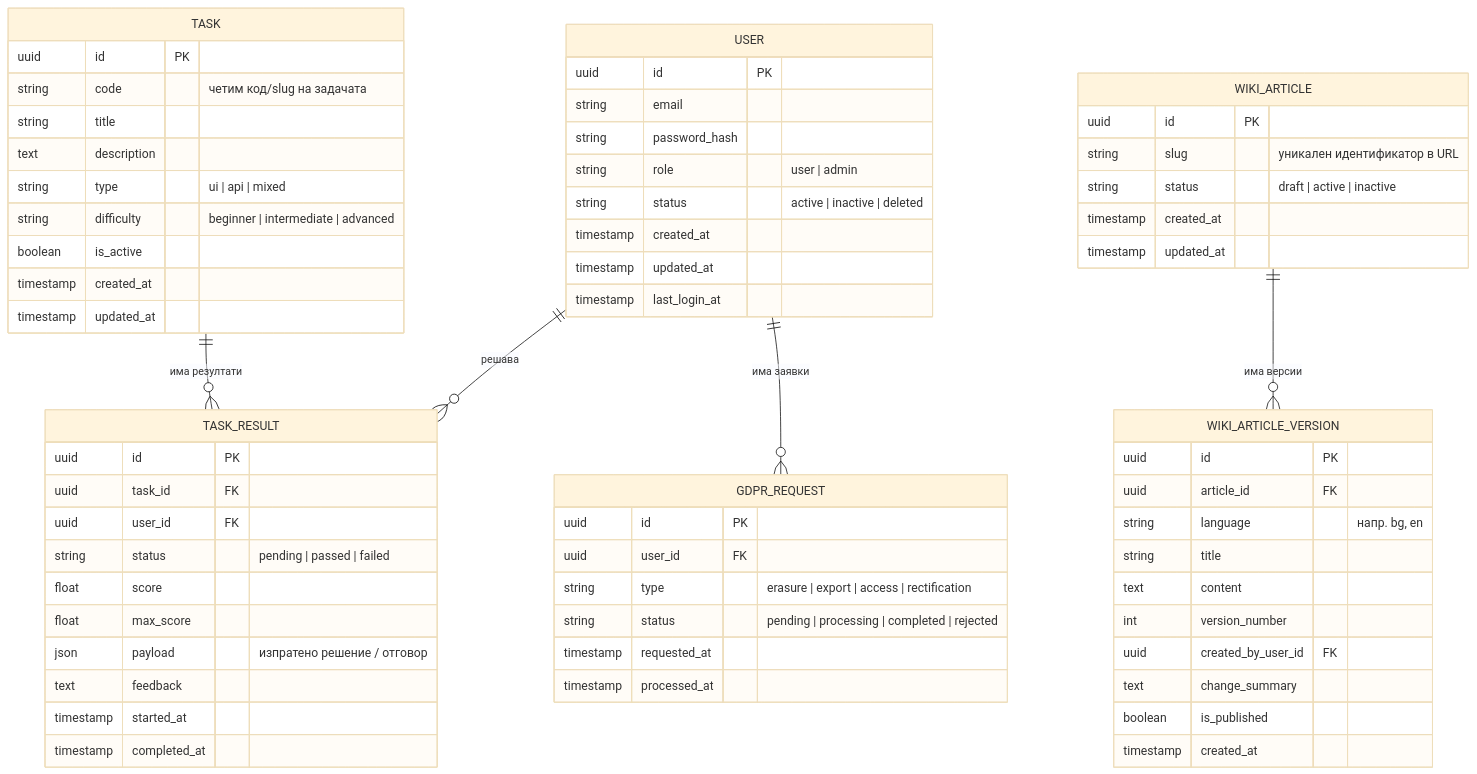
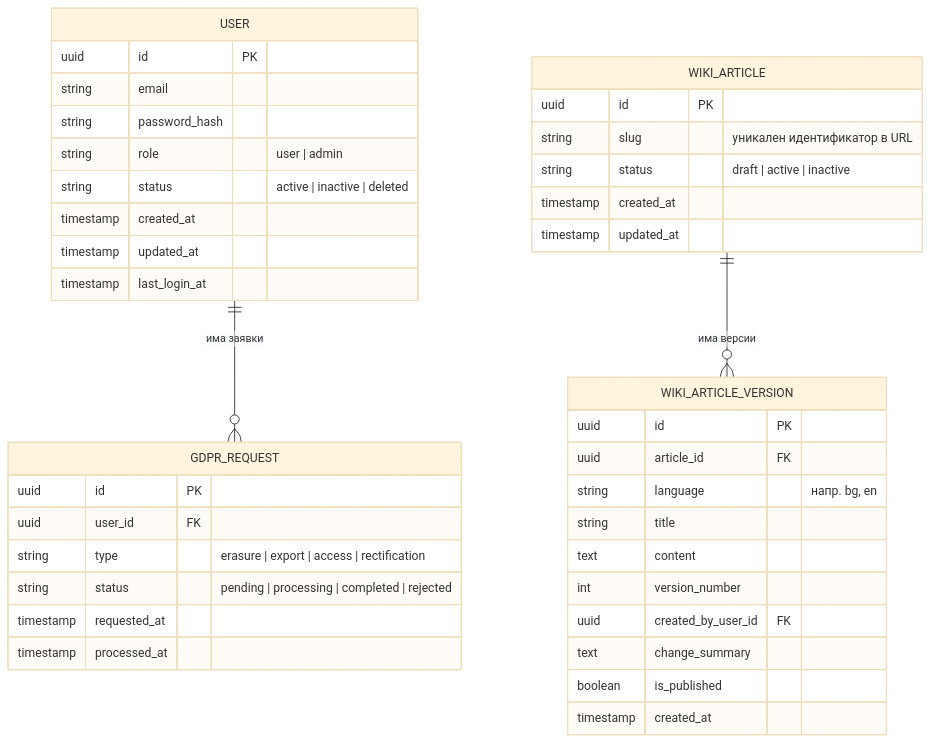
Before and after one commit to ivan-markov-666/beelms: the diagram in docs/architecture/db-model.md, drawn with Mermaid (base theme). The commit also changed other lines of this file and 197 other files, not shown here.

````diff
--- a/docs/architecture/db-model.md
+++ b/docs/architecture/db-model.md
@@ -27,75 +25,47 @@
 ```mermaid
 erDiagram
-    USER ||--o{ TASK_RESULT : "решава"
     USER ||--o{ GDPR_REQUEST : "има заявки"
 
     USER {
         uuid id PK
         string email
         string password_hash
         string role        "user | admin"
         string status      "active | inactive | deleted"
         timestamp created_at
         timestamp updated_at
         timestamp last_login_at
     }
 
     WIKI_ARTICLE ||--o{ WIKI_ARTICLE_VERSION : "има версии"
 
     WIKI_ARTICLE {
         uuid id PK
         string slug           "уникален идентификатор в URL"
         string status         "draft | active | inactive"
         timestamp created_at
         timestamp updated_at
     }
 
     WIKI_ARTICLE_VERSION {
         uuid id PK
         uuid article_id FK
         string language       "напр. bg, en"
         string title
         text content
         int version_number
         uuid created_by_user_id FK
         text change_summary
         boolean is_published
         timestamp created_at
     }
 
-    TASK ||--o{ TASK_RESULT : "има резултати"
-
-    TASK {
-        uuid id PK
-        string code          "четим код/slug на задачата"
-        string title
-        text description
-        string type          "ui | api | mixed"
-        string difficulty    "beginner | intermediate | advanced"
-        boolean is_active
-        timestamp created_at
-        timestamp updated_at
-    }
-
-    TASK_RESULT {
-        uuid id PK
-        uuid task_id FK
-        uuid user_id FK
-        string status        "pending | passed | failed"
-        float score
-        float max_score
-        json payload         "изпратено решение / отговор"
-        text feedback
-        timestamp started_at
-        timestamp completed_at
-    }
-
     GDPR_REQUEST {
         uuid id PK
         uuid user_id FK
         string type          "erasure | export | access | rectification"
         string status        "pending | processing | completed | rejected"
         timestamp requested_at
         timestamp processed_at
     }
 ```
````
